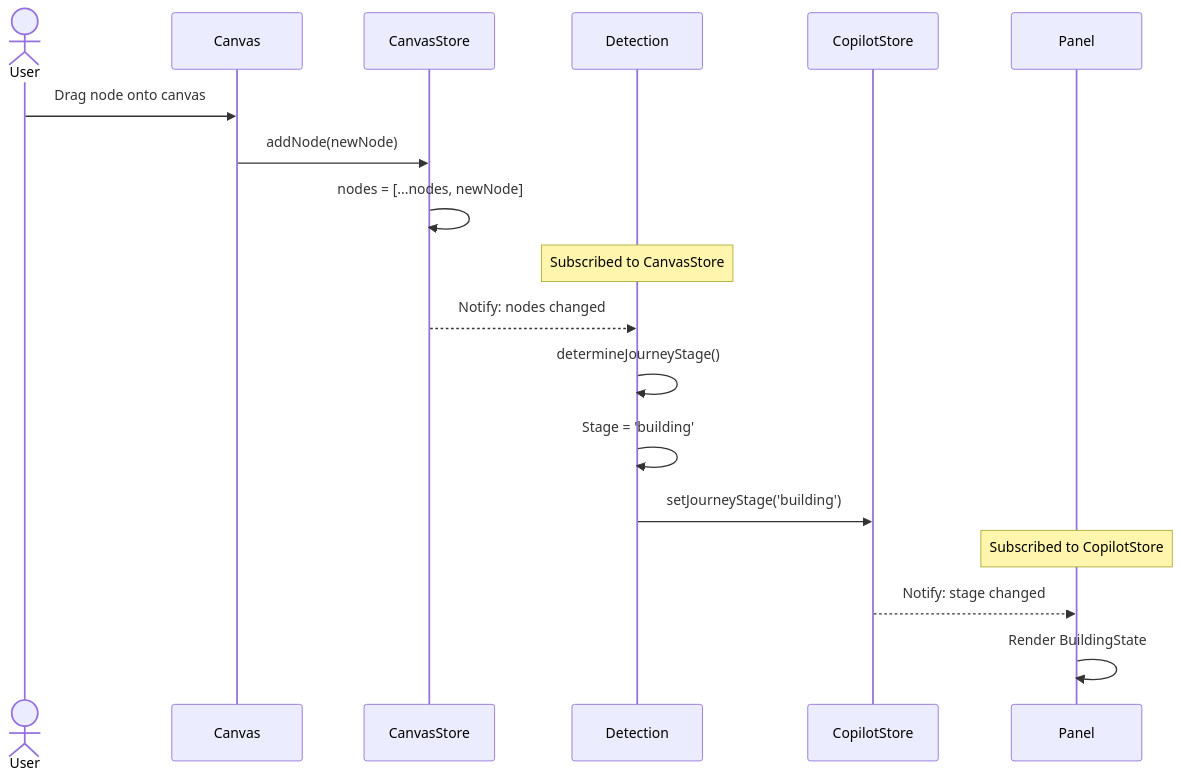
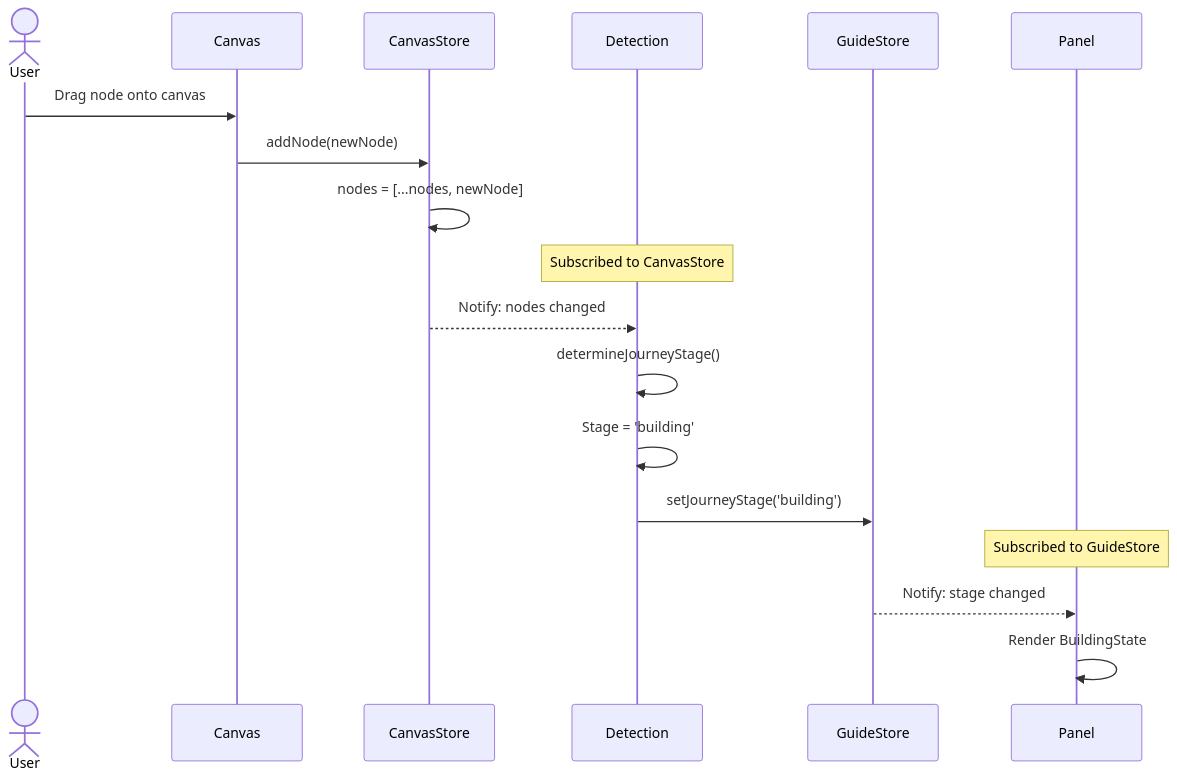
One commit to Talchain/DecisionGuideAI changed the sixth of 11 diagrams in src/pages/sandbox-guide/ARCHITECTURE.md. Above: the diagram before and after it, drawn with Mermaid. The commit also changed other lines of this file and 32 other files, not shown here.

First line of the commit message:
refactor(guide): update all file contents from Copilot to Guide

````diff
--- a/src/pages/sandbox-guide/ARCHITECTURE.md
+++ b/src/pages/sandbox-guide/ARCHITECTURE.md
@@ -376,23 +376,23 @@
 ```mermaid
 sequenceDiagram
     actor User
     participant Canvas
     participant CanvasStore
     participant Detection
-    participant CopilotStore
+    participant GuideStore
     participant Panel
 
     User->>Canvas: Drag node onto canvas
     Canvas->>CanvasStore: addNode(newNode)
     CanvasStore->>CanvasStore: nodes = [...nodes, newNode]
 
     Note over Detection: Subscribed to CanvasStore
     CanvasStore-->>Detection: Notify: nodes changed
     Detection->>Detection: determineJourneyStage()
     Detection->>Detection: Stage = 'building'
-    Detection->>CopilotStore: setJourneyStage('building')
+    Detection->>GuideStore: setJourneyStage('building')
 
-    Note over Panel: Subscribed to CopilotStore
-    CopilotStore-->>Panel: Notify: stage changed
+    Note over Panel: Subscribed to GuideStore
+    GuideStore-->>Panel: Notify: stage changed
     Panel->>Panel: Render BuildingState
 ```
````
